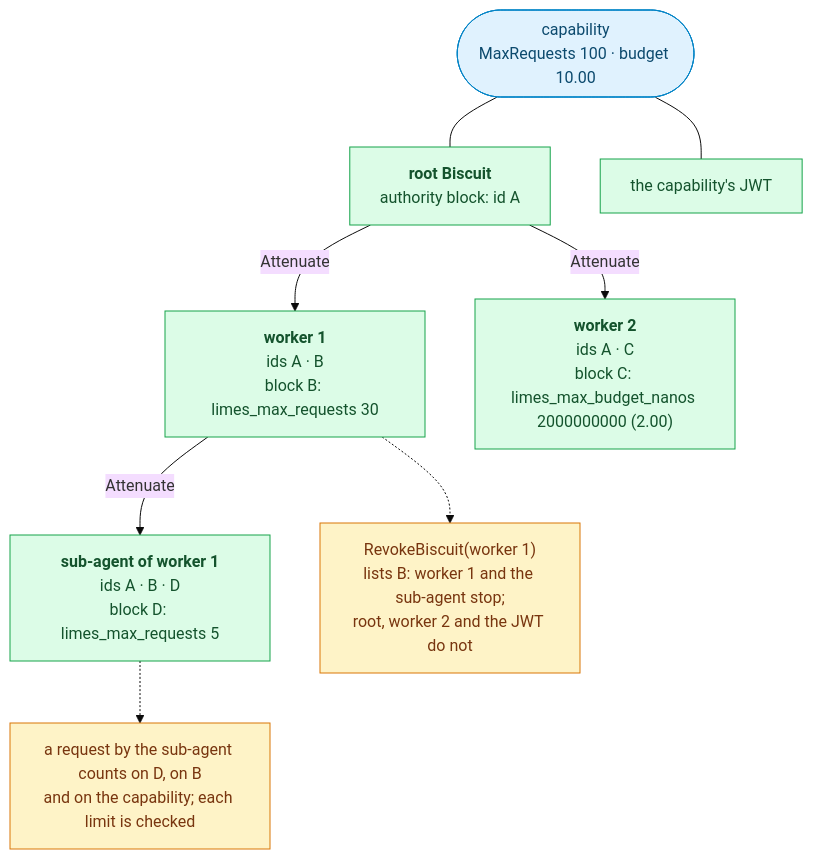
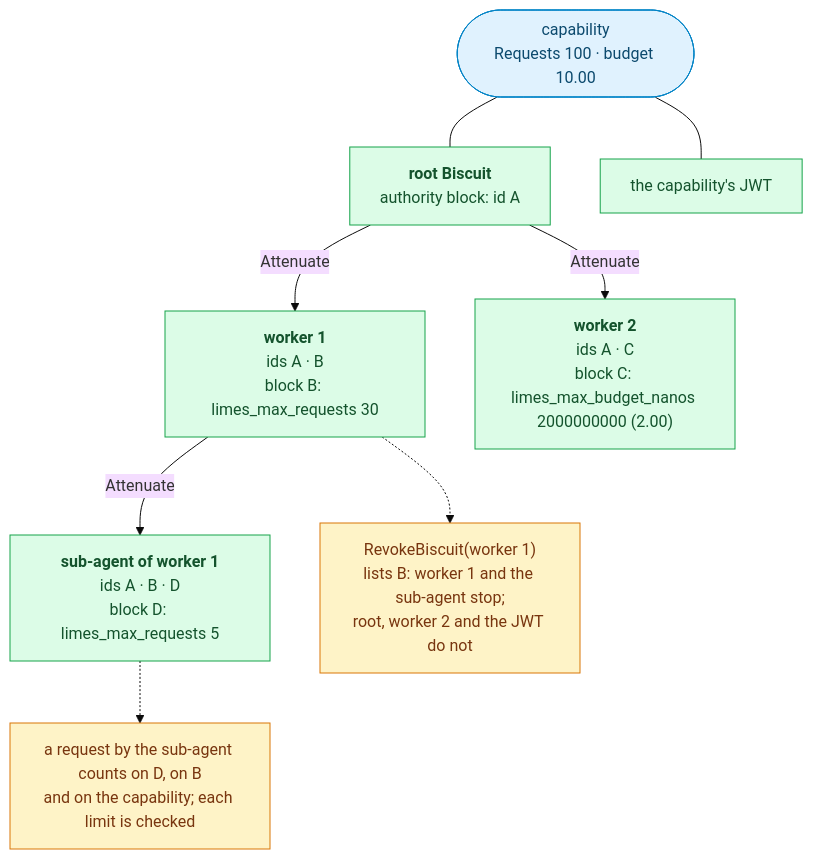
One commit to oleg-tkachuk/limes changed the ninth of 11 diagrams in docs/diagrams.md. Above: the diagram before and after it, drawn with Mermaid (base theme). The commit also changed other lines of this file and 3 other files, not shown here.

````diff
--- a/docs/diagrams.md
+++ b/docs/diagrams.md
@@ -517,29 +517,29 @@
 ```mermaid
 flowchart TB
-    cap(["capability<br/>MaxRequests 100 · budget 10.00"])
+    cap(["capability<br/>Requests 100 · budget 10.00"])
     root["<b>root Biscuit</b><br/>authority block: id A"]
     w1["<b>worker 1</b><br/>ids A · B<br/>block B: limes_max_requests 30"]
     w2["<b>worker 2</b><br/>ids A · C<br/>block C: limes_max_budget_nanos 2000000000 (2.00)"]
     sub["<b>sub-agent of worker 1</b><br/>ids A · B · D<br/>block D: limes_max_requests 5"]
     jwt["the capability's JWT"]
 
     cap --- root
     cap --- jwt
     root -- "Attenuate" --> w1
     root -- "Attenuate" --> w2
     w1 -- "Attenuate" --> sub
 
     revB["RevokeBiscuit(worker 1)<br/>lists B: worker 1 and the sub-agent stop;<br/>root, worker 2 and the JWT do not"]
     cntD["a request by the sub-agent counts on D, on B<br/>and on the capability; each limit is checked"]
 
     w1 -.-> revB
     sub -.-> cntD
 
     classDef client fill:#E0F2FE,stroke:#0284C7,color:#0C4A6E
     classDef role fill:#DCFCE7,stroke:#16A34A,color:#14532D
     classDef optional fill:#F1F5F9,stroke:#64748B,color:#334155,stroke-dasharray:5 4
     classDef store fill:#FEF3C7,stroke:#D97706,color:#78350F
     class cap client
     class root,w1,w2,sub,jwt role
     class revB,cntD store
 ```
````
